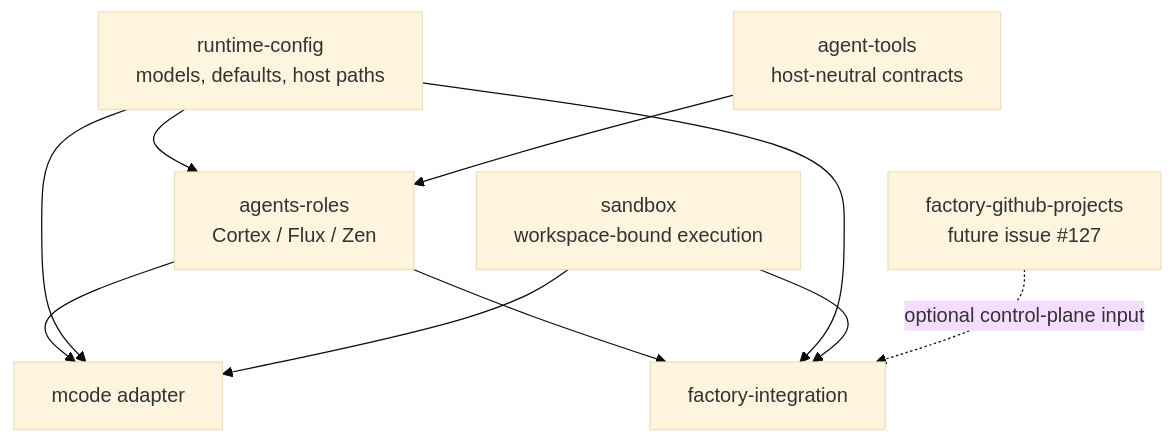
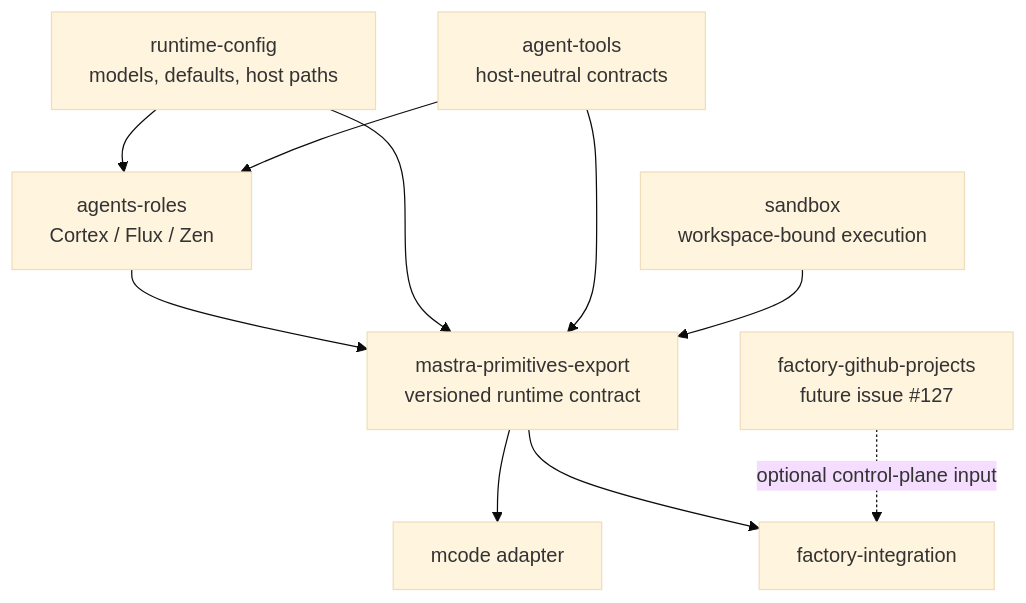
Before and after one commit to rlabs88/mastra-toolkit: the diagram in docs/mcode-factory-compatibility.md, drawn with Mermaid (base theme). The commit also changed other lines of this file and 36 other files, not shown here.

Commit message:
feat: add shared Mastra runtime contract

````diff
--- a/docs/mcode-factory-compatibility.md
+++ b/docs/mcode-factory-compatibility.md
@@ -5,20 +5,21 @@
 ```mermaid
 flowchart TB
   Config["runtime-config<br/>models, defaults, host paths"]
   Tools["agent-tools<br/>host-neutral contracts"]
   Roles["agents-roles<br/>Cortex / Flux / Zen"]
   Sandbox["sandbox<br/>workspace-bound execution"]
+  Primitives["mastra-primitives-export<br/>versioned runtime contract"]
   MCode["mcode adapter"]
   Factory["factory-integration"]
   Projects["factory-github-projects<br/>future issue #127"]
 
   Config --> Roles
   Tools --> Roles
-  Roles --> MCode
-  Roles --> Factory
-  Config --> MCode
-  Config --> Factory
-  Sandbox --> MCode
-  Sandbox --> Factory
+  Roles --> Primitives
+  Config --> Primitives
+  Tools --> Primitives
+  Sandbox --> Primitives
+  Primitives --> MCode
+  Primitives --> Factory
   Projects -. "optional control-plane input" .-> Factory
 ```
````
